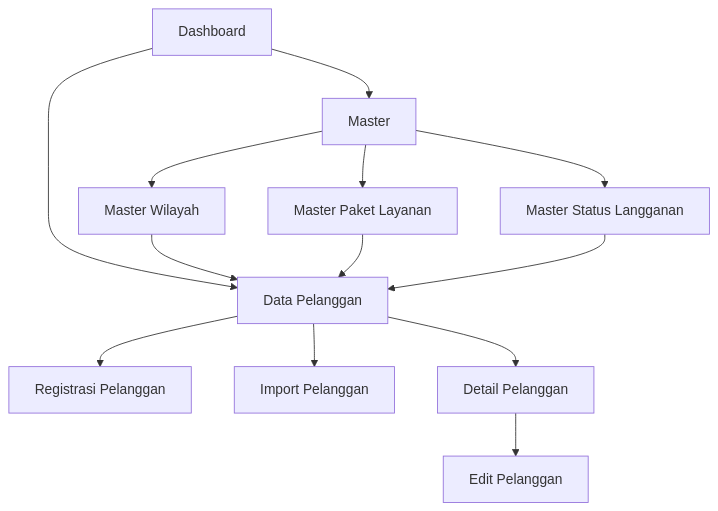
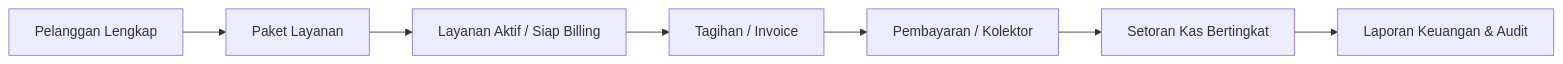
The first of 2 diagrams in README.md (YofhiFauda/whusnet-operasional), drawn with Mermaid before and after one commit. The commit also changed other lines of this file and 441 other files, not shown here.

First line of the commit message:
feat: rapikan pembayaran, pindah cabang, biaya tambahan, dan laporan gudang

````diff
--- a/README.md
+++ b/README.md
@@ -47,15 +33,9 @@
 ```mermaid
-flowchart TD
-    A[Dashboard] --> B[Data Pelanggan]
-    A --> C[Master]
-    B --> D[Registrasi Pelanggan]
-    B --> E[Import Pelanggan]
-    B --> F[Detail Pelanggan]
-    F --> G[Edit Pelanggan]
-    C --> H[Master Wilayah]
-    C --> I[Master Paket Layanan]
-    C --> J[Master Status Langganan]
-    H --> B
-    I --> B
-    J --> B
+flowchart LR
+    CP[Pelanggan Lengkap] --> IP[Paket Layanan]
+    IP --> LA[Layanan Aktif / Siap Billing]
+    LA --> TG[Tagihan / Invoice]
+    TG --> PB[Pembayaran / Kolektor]
+    PB --> SK[Setoran Kas Bertingkat]
+    SK --> LP[Laporan Keuangan & Audit]
 ```
````
